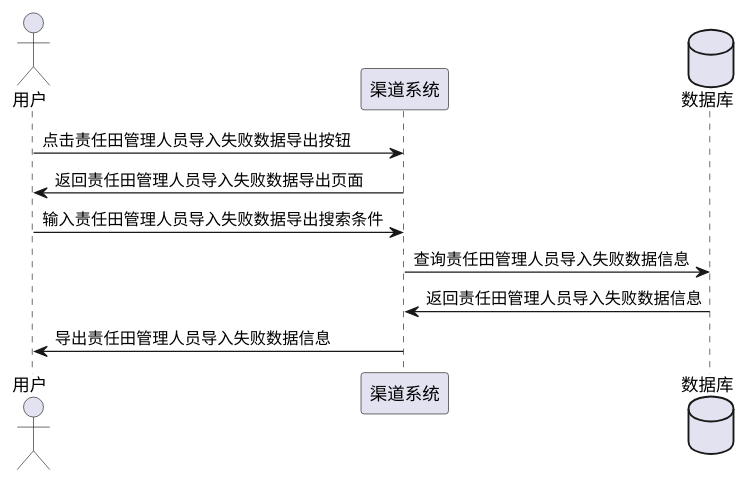
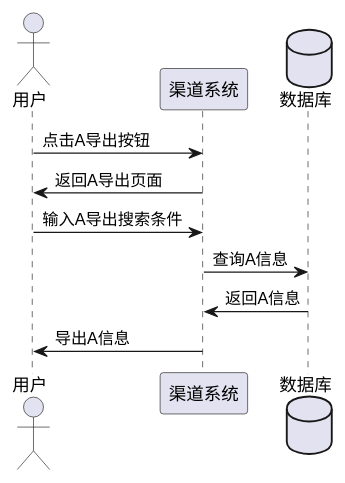
Before and after one commit to 18380163461/uml: the diagram in 导出.puml, drawn with PlantUML. The commit also changed 2 other files, not shown here.

```diff
--- a/导出.puml
+++ b/导出.puml
@@ -1,12 +1,12 @@
 @startuml
 actor 用户
 participant 渠道系统
 database 数据库
 
-用户->渠道系统:点击责任田管理人员导入失败数据导出按钮
-渠道系统->用户:返回责任田管理人员导入失败数据导出页面
-用户->渠道系统:输入责任田管理人员导入失败数据导出搜索条件
-渠道系统->数据库:查询责任田管理人员导入失败数据信息
-数据库->渠道系统:返回责任田管理人员导入失败数据信息
-渠道系统->用户:导出责任田管理人员导入失败数据信息
+用户->渠道系统:点击A导出按钮
+渠道系统->用户:返回A导出页面
+用户->渠道系统:输入A导出搜索条件
+渠道系统->数据库:查询A信息
+数据库->渠道系统:返回A信息
+渠道系统->用户:导出A信息
 @enduml
```
